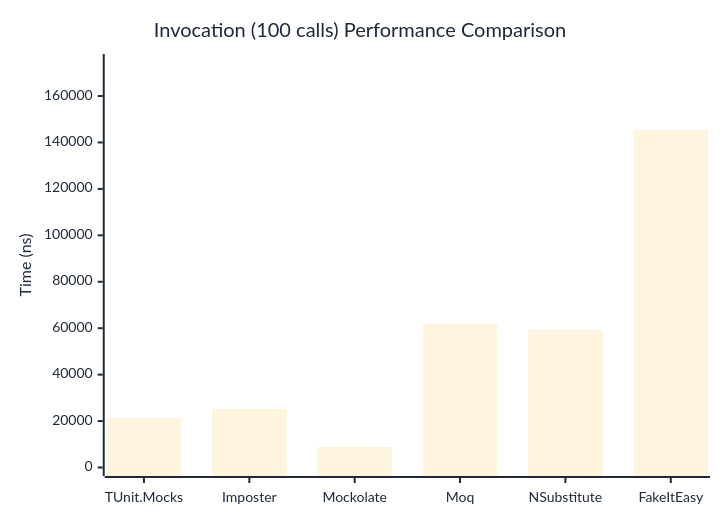
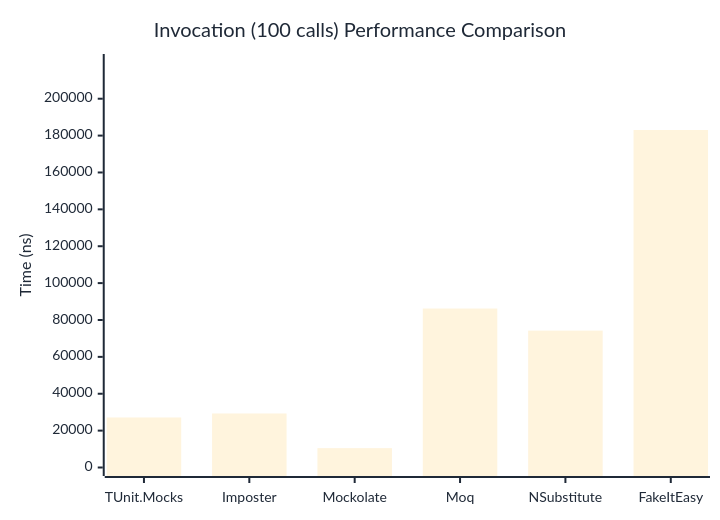
One commit to thomhurst/TUnit changed the third of 3 diagrams in docs/docs/benchmarks/mocks/Invocation.md. Above: the diagram before and after it, drawn with Mermaid. The commit also changed other lines of this file and 14 other files, not shown here.

````diff
--- a/docs/docs/benchmarks/mocks/Invocation.md
+++ b/docs/docs/benchmarks/mocks/Invocation.md
@@ -112,27 +112,27 @@
 ```mermaid
 %%{init: {
   'theme':'base',
   'themeVariables': {
     'primaryColor': '#2563eb',
     'primaryTextColor': '#1f2937',
     'primaryBorderColor': '#1e40af',
     'lineColor': '#6b7280',
     'secondaryColor': '#7c3aed',
     'tertiaryColor': '#dc2626',
     'background': '#ffffff',
     'pie1': '#2563eb',
     'pie2': '#7c3aed',
     'pie3': '#dc2626',
     'pie4': '#f59e0b',
     'pie5': '#10b981',
     'pie6': '#06b6d4',
     'pie7': '#ec4899',
     'pie8': '#6366f1'
   }
 }}%%
 xychart-beta
   title "Invocation (100 calls) Performance Comparison"
   x-axis ["TUnit.Mocks", "Imposter", "Mockolate", "Moq", "NSubstitute", "FakeItEasy"]
-  y-axis "Time (ns)" 0 --> 174441
-  bar [21338.84, 25176.85, 8832.94, 61913.09, 59382.33, 145367.36]
+  y-axis "Time (ns)" 0 --> 219642
+  bar [27128.48, 29301.52, 10497.08, 86211.47, 74233.13, 183034.66]
 ```
````
